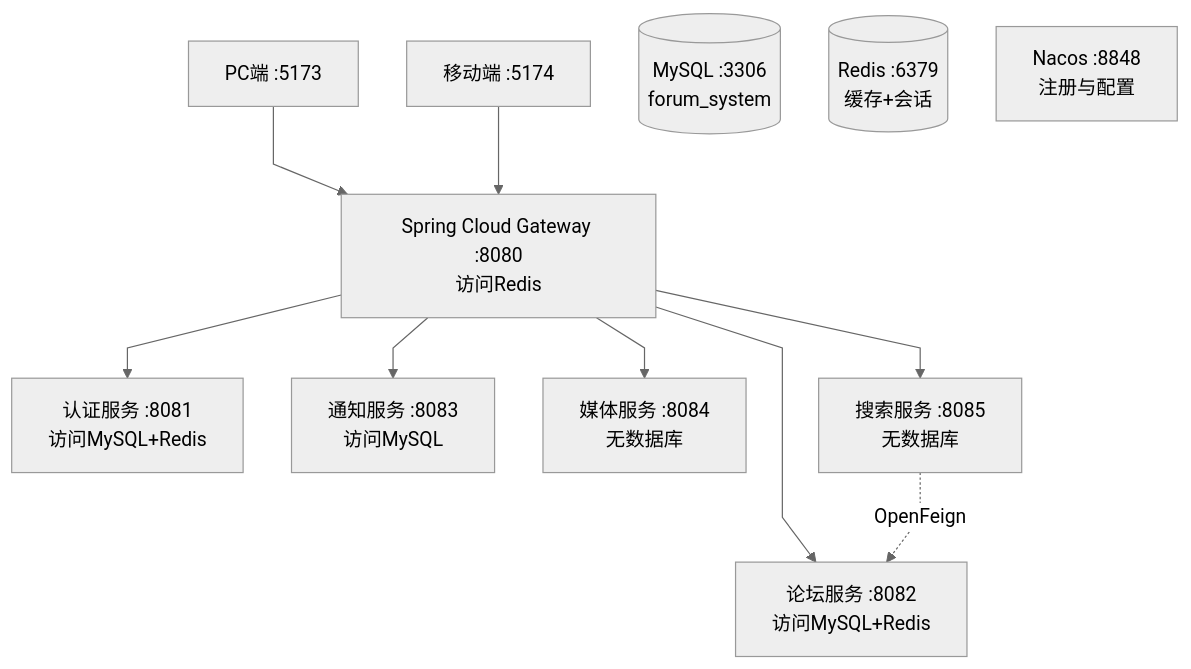
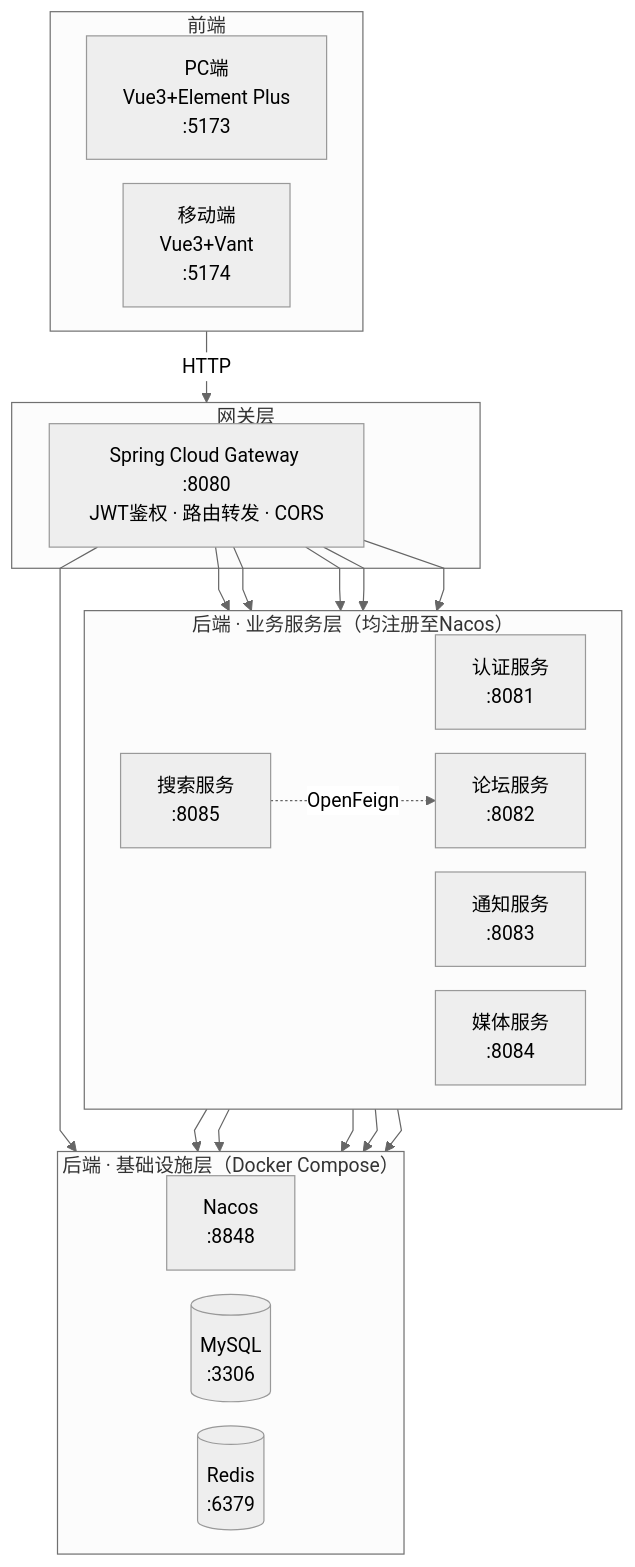
One commit to Wkjlovec/graduation_project_zhuang changed the diagram in docs/diagrams/fig4-1-deployment.mmd. Above: the diagram before and after it, drawn with Mermaid. The commit also changed 14 other files, not shown here.

Commit message:
docs: 图4-1加分层标注, 流程图是/否改Yes/No, 搜索图改数据流样式, 4.3补充索引清单表

```diff
--- a/docs/diagrams/fig4-1-deployment.mmd
+++ b/docs/diagrams/fig4-1-deployment.mmd
@@ -1,14 +1,41 @@
-%%{init: {'theme': 'neutral', 'flowchart': {'curve': 'linear', 'rankSpacing': 50, 'nodeSpacing': 40}}}%%
+%%{init: {'theme': 'neutral', 'flowchart': {'curve': 'linear', 'rankSpacing': 35, 'nodeSpacing': 20}}}%%
 graph TB
-    PC["PC端 :5173"] --> GW
-    MOB["移动端 :5174"] --> GW
-    GW["Spring Cloud Gateway :8080\n访问Redis"]
-    GW --> AUTH["认证服务 :8081\n访问MySQL+Redis"]
-    GW --> FORUM["论坛服务 :8082\n访问MySQL+Redis"]
-    GW --> NOTIFY["通知服务 :8083\n访问MySQL"]
-    GW --> MEDIA["媒体服务 :8084\n无数据库"]
-    GW --> SEARCH["搜索服务 :8085\n无数据库"]
+    subgraph FE["前端"]
+        direction LR
+        PC["PC端\nVue3+Element Plus\n:5173"]
+        MOB["移动端\nVue3+Vant\n:5174"]
+    end
+
+    subgraph GWL["网关层"]
+        GW["Spring Cloud Gateway :8080\nJWT鉴权 · 路由转发 · CORS"]
+    end
+
+    subgraph SVC["后端 · 业务服务层（均注册至Nacos）"]
+        direction LR
+        AUTH["认证服务\n:8081"]
+        FORUM["论坛服务\n:8082"]
+        NOTIFY["通知服务\n:8083"]
+        MEDIA["媒体服务\n:8084"]
+        SEARCH["搜索服务\n:8085"]
+    end
+
+    subgraph INFRA["后端 · 基础设施层（Docker Compose）"]
+        direction LR
+        NACOS["Nacos\n:8848"]
+        DB[("MySQL\n:3306")]
+        RD[("Redis\n:6379")]
+    end
+
+    FE -->|HTTP| GWL
+    GW --> AUTH
+    GW --> FORUM
+    GW --> NOTIFY
+    GW --> MEDIA
+    GW --> SEARCH
     SEARCH -.->|OpenFeign| FORUM
-    DB[("MySQL :3306\nforum_system")]
-    RD[("Redis :6379\n缓存+会话")]
-    NACOS["Nacos :8848\n注册与配置"]
+    AUTH --> DB
+    FORUM --> DB
+    NOTIFY --> DB
+    AUTH --> RD
+    FORUM --> RD
+    GW --> RD
```
